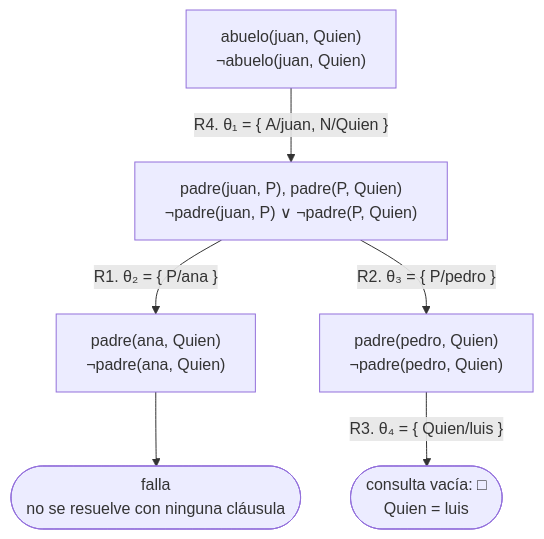
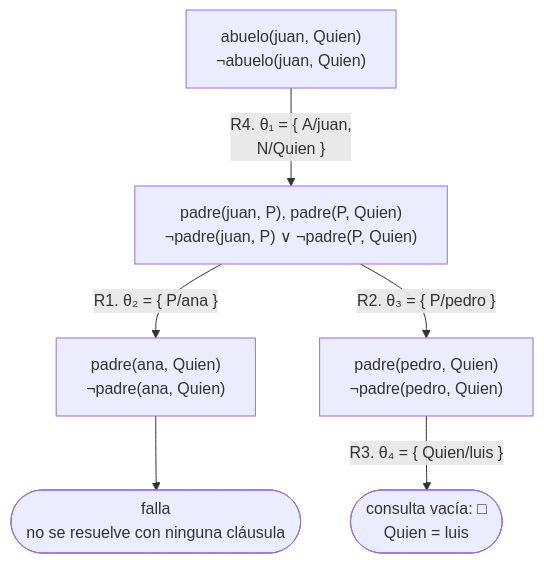
One commit to CesarBallardini/curso-de-prolog changed the first of 4 diagrams in docs/capitulo-13-prolog-y-la-logica/inferencia.md. Above: the diagram before and after it, drawn with Mermaid. The commit also changed 24 other files, not shown here.

First line of the commit message:
feat(docs): botones para ocultar las columnas laterales y etiquetas cortas en los diagramas

````diff
--- a/docs/capitulo-13-prolog-y-la-logica/inferencia.md
+++ b/docs/capitulo-13-prolog-y-la-logica/inferencia.md
@@ -285,9 +285,9 @@
 ```mermaid
 %%{init: {"flowchart": {"wrappingWidth": 320}}}%%
 flowchart TD
-    A["abuelo(juan, Quien)<br/>¬abuelo(juan, Quien)"] -- "R4. θ₁ = {&nbsp;A/juan, N/Quien&nbsp;}" --> B["padre(juan, P), padre(P, Quien)<br/>¬padre(juan, P) ∨ ¬padre(P, Quien)"]
+    A["abuelo(juan, Quien)<br/>¬abuelo(juan, Quien)"] -- "R4. θ₁ = {&nbsp;A/juan,<br/>N/Quien&nbsp;}" --> B["padre(juan, P), padre(P, Quien)<br/>¬padre(juan, P) ∨ ¬padre(P, Quien)"]
     B -- "R1. θ₂ = {&nbsp;P/ana&nbsp;}" --> C["padre(ana, Quien)<br/>¬padre(ana, Quien)"]
     B -- "R2. θ₃ = {&nbsp;P/pedro&nbsp;}" --> D["padre(pedro, Quien)<br/>¬padre(pedro, Quien)"]
     C --> E(["falla<br/>no se resuelve con ninguna cláusula"])
     D -- "R3. θ₄ = {&nbsp;Quien/luis&nbsp;}" --> F(["consulta vacía: □<br/>Quien = luis"])
 ```
````
